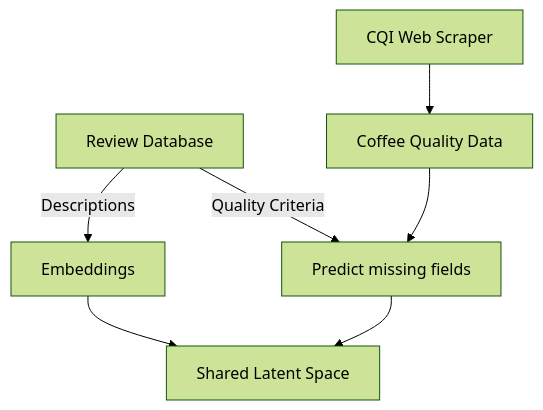
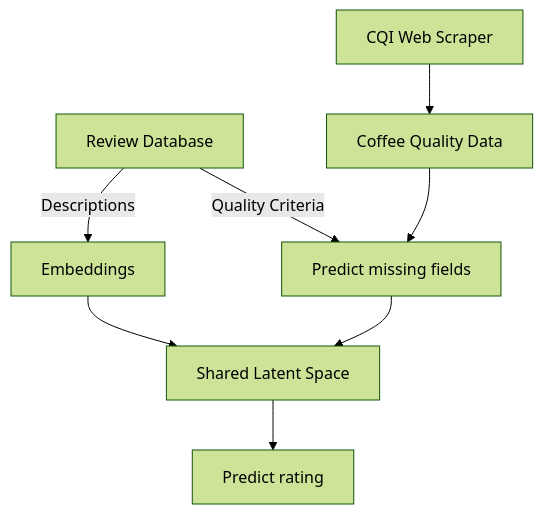
One commit to MLOps-ZHAW/MLOps_Labs changed the diagram in lab05/README_lab05.md. Above: the diagram before and after it, drawn with Mermaid (forest theme). The commit also changed other lines of this file and 61 other files, not shown here.

````diff
--- a/lab05/README_lab05.md
+++ b/lab05/README_lab05.md
@@ -48,11 +61,12 @@
 ```mermaid
 flowchart TD
     WS[CQI Web Scraper] --> CQ[Coffee Quality Data]
     RV[Review Database] --> |Quality Criteria| M[Predict missing fields]
     CQ --> M
 
     RV --> |Descriptions| E[Embeddings]
 
     E --> LS[Shared Latent Space]
     M --> LS
+    LS --> R[Predict rating]
 ```
````
